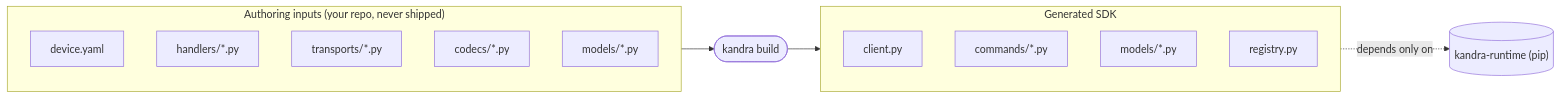
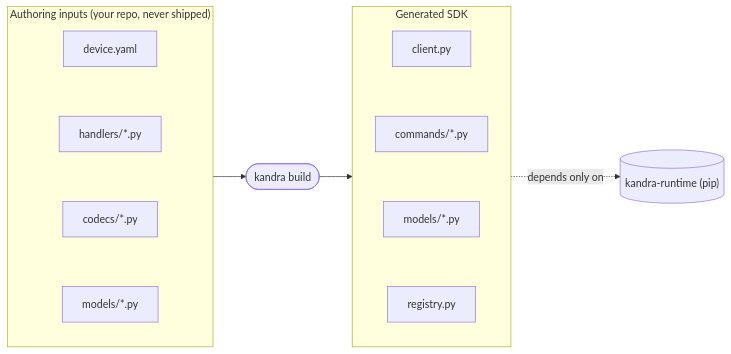
Before and after one commit to jugglingbear/kandra: the diagram in docs/motivation.md, drawn with Mermaid. The commit also changed other lines of this file, not shown here.

First line of the commit message:
docs: sharpen Why Kandra page and diagram

````diff
--- a/docs/motivation.md
+++ b/docs/motivation.md
@@ -26,20 +30,23 @@
 ```{mermaid}
 flowchart LR
     subgraph inputs["Authoring inputs (your repo, never shipped)"]
+        direction TB
         yaml["device.yaml"]
         handlers["handlers/*.py"]
-        transports["transports/*.py"]
         codecs["codecs/*.py"]
         models["models/*.py"]
+        yaml ~~~ handlers ~~~ codecs ~~~ models
     end
     build(["kandra build"])
     subgraph artifact["Generated SDK"]
+        direction TB
         client["client.py"]
         commands["commands/*.py"]
         amodels["models/*.py"]
         registry["registry.py"]
+        client ~~~ commands ~~~ amodels ~~~ registry
     end
     runtime[("kandra-runtime (pip)")]
     inputs --> build --> artifact
     artifact -. depends only on .-> runtime
 ```
````
